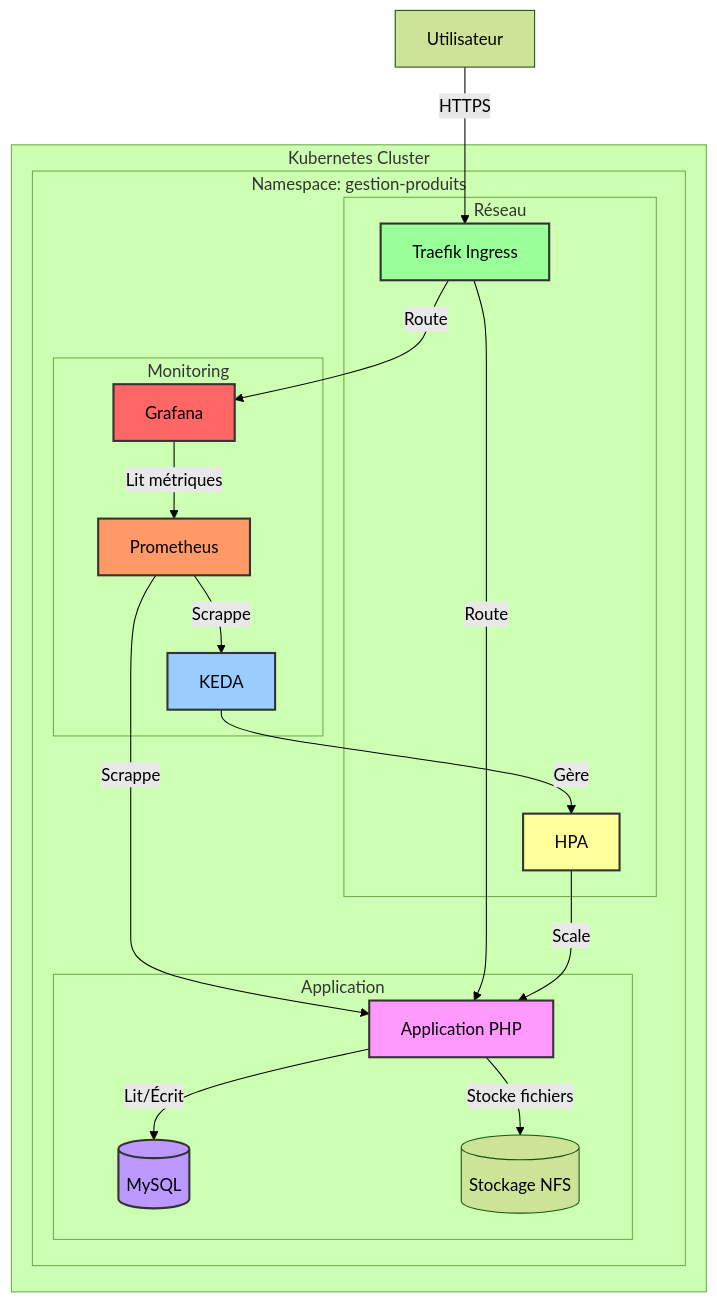
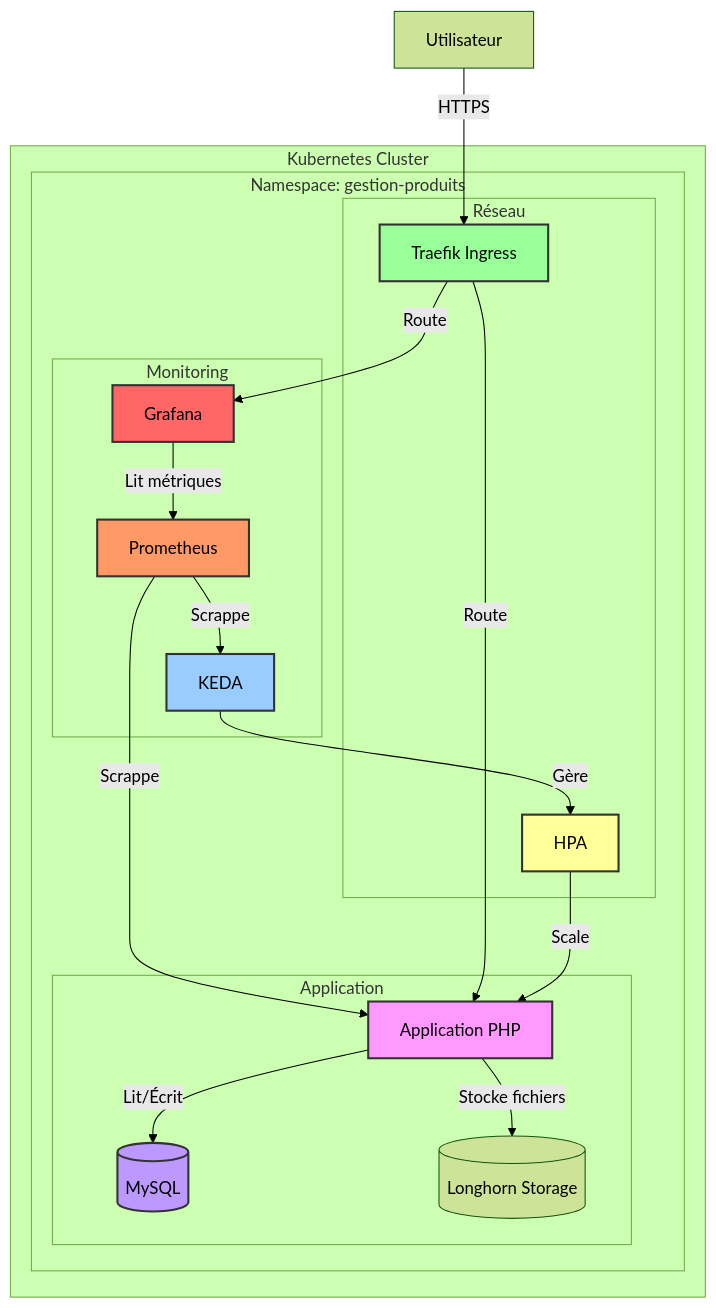
One commit to Germain-L/gestion-produits changed the diagram in architecture.mmd. Above: the diagram before and after it, drawn with Mermaid (forest theme). The commit also changed 1 other file, not shown here.

Commit message:
docs: update storage backend from NFS to Longhorn in architecture diagrams

```diff
--- a/architecture.mmd
+++ b/architecture.mmd
@@ -1,32 +1,32 @@
 graph TD
     subgraph Kubernetes Cluster
         subgraph gestion-produits [Namespace: gestion-produits]
             subgraph app [Application]
                 A[Application PHP] -->|Lit/Écrit| B[(MySQL)]
-                A -->|Stocke fichiers| PV1[(Stockage NFS)]
+                A -->|Stocke fichiers| PV1[(Longhorn Storage)]
             end
             
             subgraph monitoring [Monitoring]
                 G[Grafana] -->|Lit métriques| P[Prometheus]
                 P -->|Scrappe| A
                 P -->|Scrappe| K[KEDA]
             end
             
             subgraph networking [Réseau]
                 T[Traefik Ingress] -->|Route| A
                 T -->|Route| G
                 K -->|Gère| HPA[HPA]
                 HPA -->|Scale| A
             end
         end
     end
     
     User[Utilisateur] -->|HTTPS| T
     
     style A fill:#f9f,stroke:#333,stroke-width:2px
     style B fill:#b9f,stroke:#333,stroke-width:2px
     style G fill:#f66,stroke:#333,stroke-width:2px
     style P fill:#f96,stroke:#333,stroke-width:2px
     style K fill:#9cf,stroke:#333,stroke-width:2px
     style T fill:#9f9,stroke:#333,stroke-width:2px
     style HPA fill:#ff9,stroke:#333,stroke-width:2px
```
